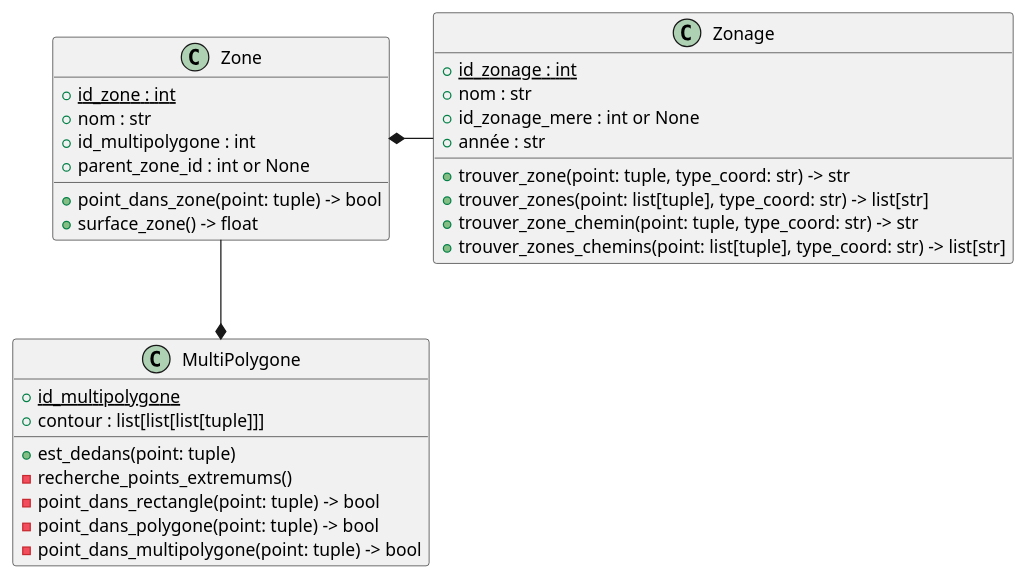
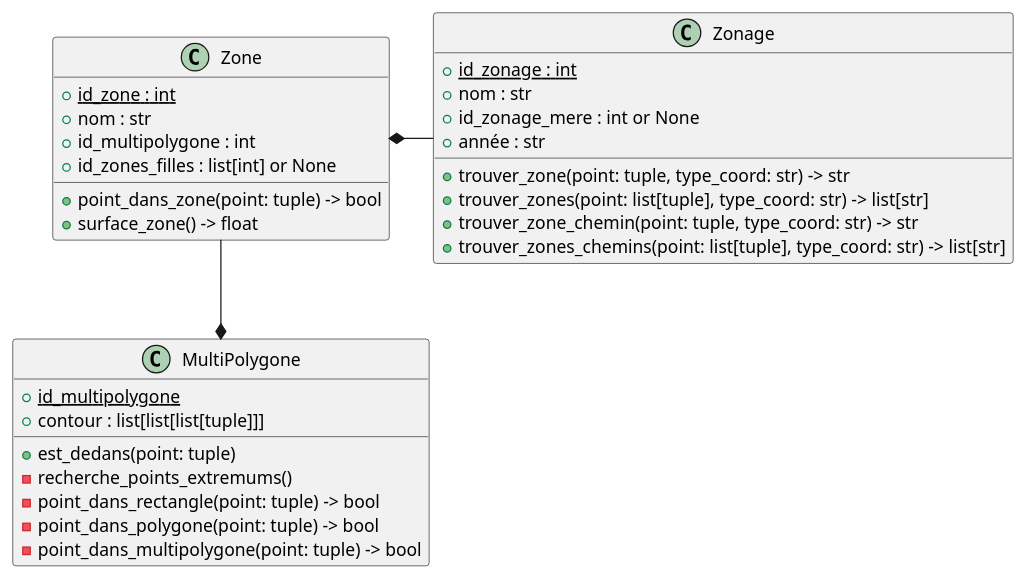
The diagram in doc/diagrammes/diagramme_classes.md (antoni-guardia/ENSAI_ProjetInfo2A), drawn with PlantUML before and after one commit. The commit also changed 3 other files, not shown here.

Commit message:
coquille diagrammes + implementation meth mancantes zonage

```diff
--- a/doc/diagrammes/diagramme_classes.md
+++ b/doc/diagrammes/diagramme_classes.md
@@ -1,40 +1,40 @@
 @startuml
 
 class Zone {
  + {Static} id_zone : int
  + nom : str
  + id_multipolygone : int
- + parent_zone_id : int or None
+ + id_zones_filles : list[int] or None
  + point_dans_zone(point: tuple) -> bool
  + surface_zone() -> float 
  }
 
 class Zonage {
  + {Static} id_zonage : int
  + nom : str
  + id_zonage_mere : int or None
  + année : str
  + trouver_zone(point: tuple, type_coord: str) -> str
  + trouver_zones(point: list[tuple], type_coord: str) -> list[str]
  + trouver_zone_chemin(point: tuple, type_coord: str) -> str
  + trouver_zones_chemins(point: list[tuple], type_coord: str) -> list[str]
  }
 
 class MultiPolygone{
  + {Static} id_multipolygone
  + contour : list[list[list[tuple]]]
  + est_dedans(point: tuple)
  - recherche_points_extremums()
  - point_dans_rectangle(point: tuple) -> bool
  - point_dans_polygone(point: tuple) -> bool
  - point_dans_multipolygone(point: tuple) -> bool
  }
 
 
 
 
 Zone -down-* MultiPolygone
 Zone *- Zonage
 
 
 @enduml
```
